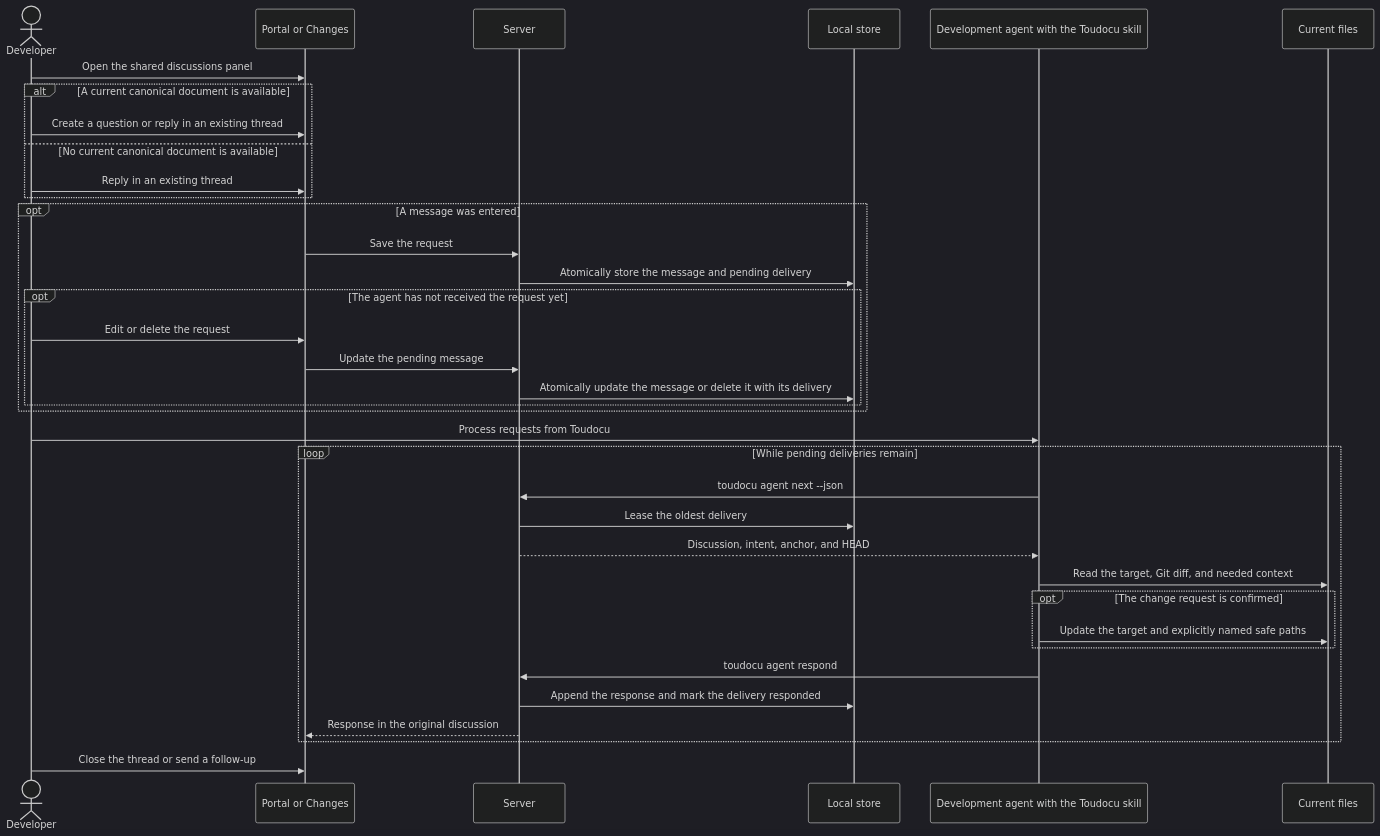
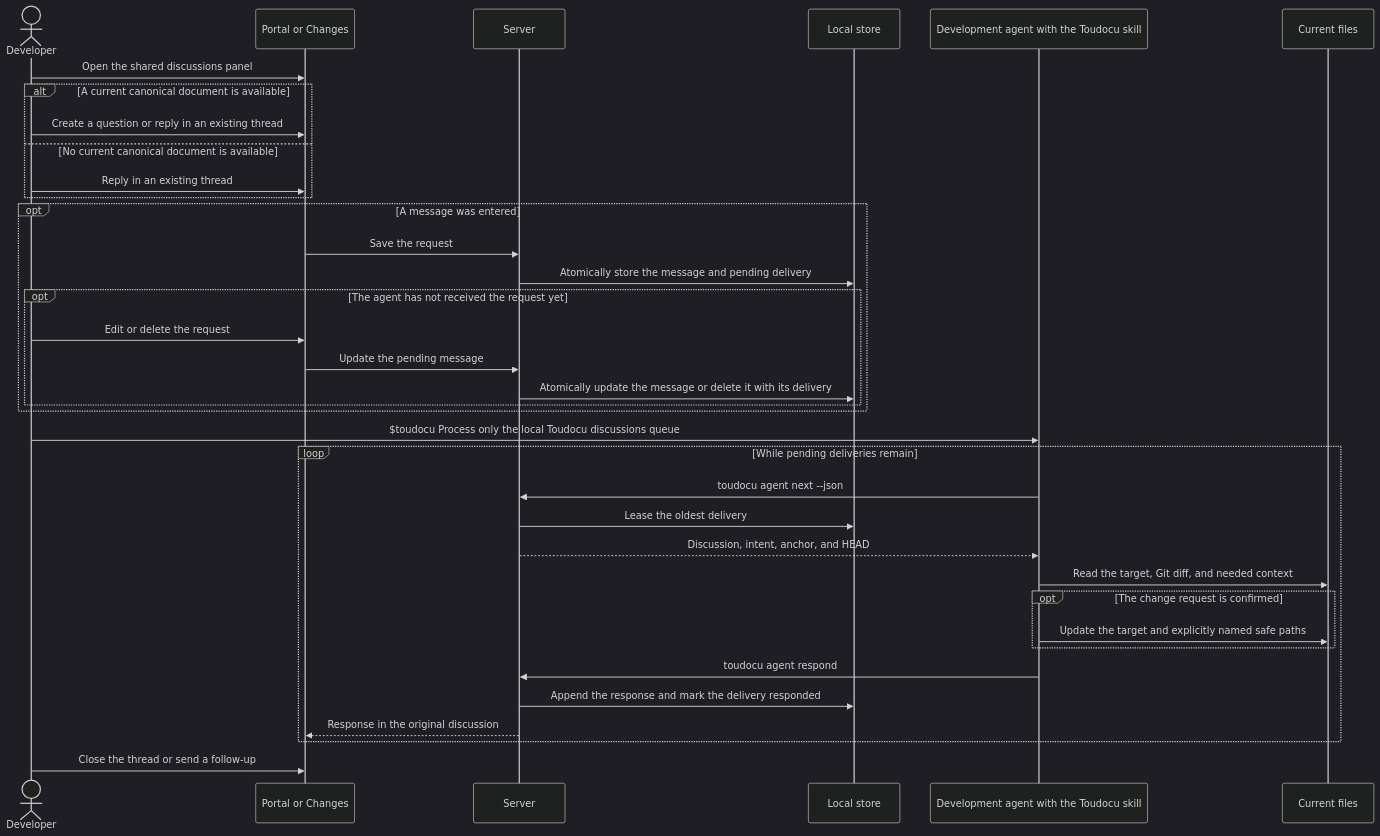
One commit to lumenikoly/toudocu changed the diagram in docs-en/flows/FLOW-AGENT-FEEDBACK.md. Above: the diagram before and after it, drawn with Mermaid (dark theme). The commit also changed other lines of this file and 28 other files, not shown here.

````diff
--- a/docs-en/flows/FLOW-AGENT-FEEDBACK.md
+++ b/docs-en/flows/FLOW-AGENT-FEEDBACK.md
@@ -10,39 +10,39 @@
 ```mermaid
 sequenceDiagram
     actor Human as Developer
     participant UI as Portal or Changes
     participant Core as Server
     participant Store as Local store
     participant Agent as Development agent with the Toudocu skill
     participant Files as Current files
 
     Human->>UI: Open the shared discussions panel
     alt A current canonical document is available
         Human->>UI: Create a question or reply in an existing thread
     else No current canonical document is available
         Human->>UI: Reply in an existing thread
     end
     opt A message was entered
         UI->>Core: Save the request
         Core->>Store: Atomically store the message and pending delivery
         opt The agent has not received the request yet
             Human->>UI: Edit or delete the request
             UI->>Core: Update the pending message
             Core->>Store: Atomically update the message or delete it with its delivery
         end
     end
-    Human->>Agent: Process requests from Toudocu
+    Human->>Agent: $toudocu Process only the local Toudocu discussions queue
     loop While pending deliveries remain
         Agent->>Core: toudocu agent next --json
         Core->>Store: Lease the oldest delivery
         Core-->>Agent: Discussion, intent, anchor, and HEAD
         Agent->>Files: Read the target, Git diff, and needed context
         opt The change request is confirmed
             Agent->>Files: Update the target and explicitly named safe paths
         end
         Agent->>Core: toudocu agent respond
         Core->>Store: Append the response and mark the delivery responded
         Core-->>UI: Response in the original discussion
     end
     Human->>UI: Close the thread or send a follow-up
 ```
````
